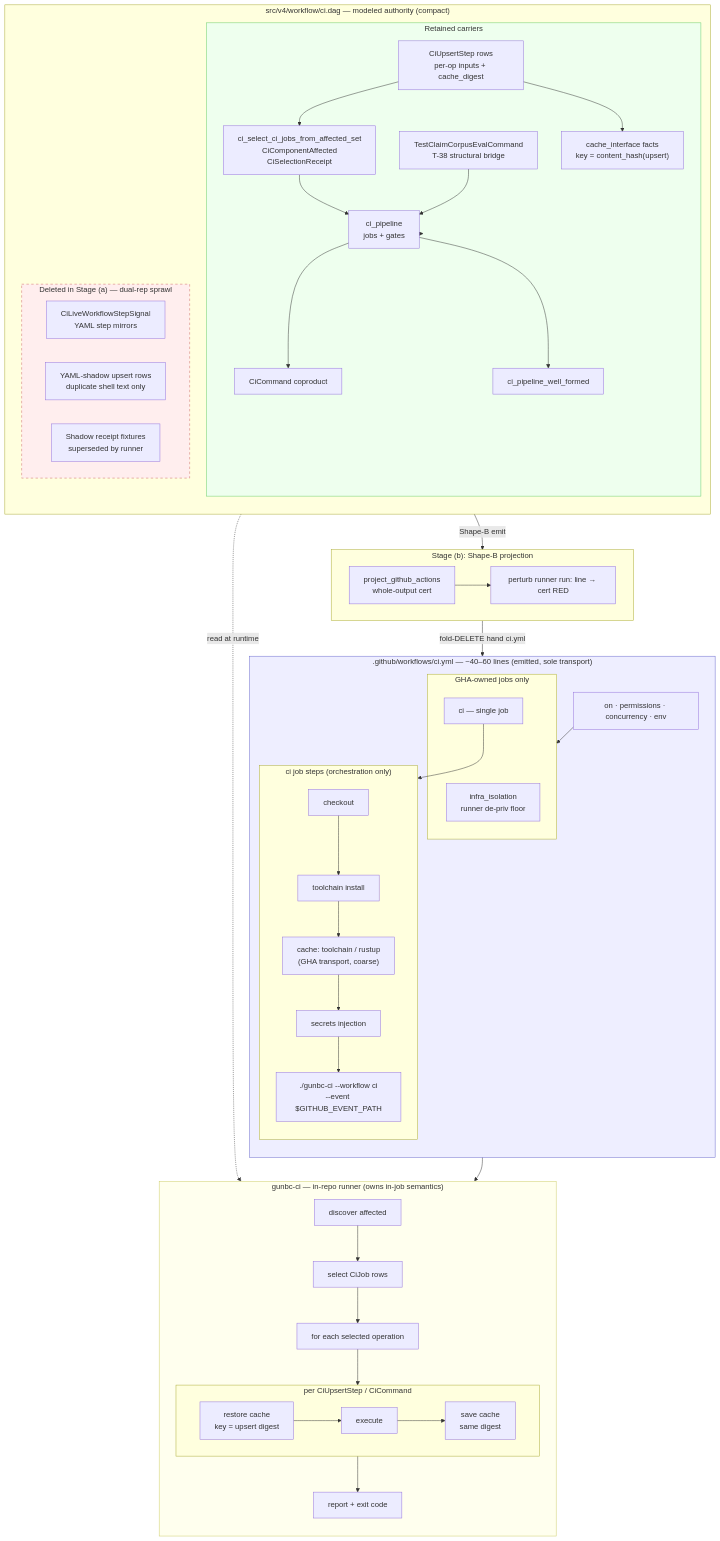
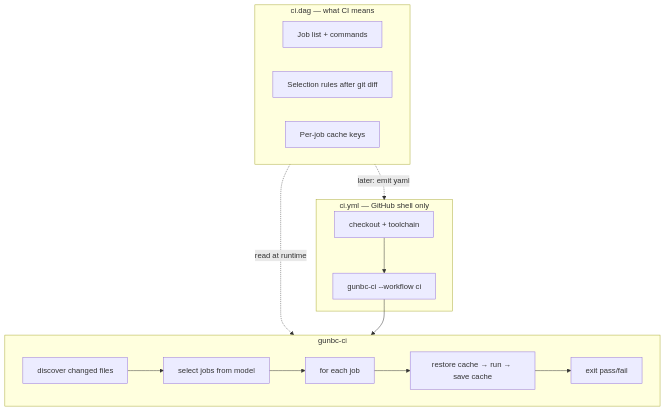
Before and after one commit to gunb-ai/gunbc: the diagram in docs/planning/thin-shim-ci-dag-dissolution-design-2026-06-08.md, drawn with Mermaid. The commit also changed other lines of this file, not shown here.

````diff
--- a/docs/planning/thin-shim-ci-dag-dissolution-design-2026-06-08.md
+++ b/docs/planning/thin-shim-ci-dag-dissolution-design-2026-06-08.md
@@ -91,74 +76,24 @@
 ```mermaid
 flowchart TB
-  subgraph DAG["src/v4/workflow/ci.dag — modeled authority (compact)"]
-    direction TB
-    subgraph KEPT["Retained carriers"]
-      P["ci_pipeline<br/>jobs + gates"]
-      C["CiCommand coproduct"]
-      WF["ci_pipeline_well_formed"]
-      SEL["ci_select_ci_jobs_from_affected_set<br/>CiComponentAffected<br/>CiSelectionReceipt"]
-      UPS_AUTH["CiUpsertStep rows<br/>per-op inputs + cache_digest"]
-      CACHE["cache_interface facts<br/>key = content_hash(upsert)"]
-      T38["TestClaimCorpusEvalCommand<br/>T-38 structural bridge"]
-    end
-    subgraph GONE["Deleted in Stage (a) — dual-rep sprawl"]
-      LWS["CiLiveWorkflowStepSignal<br/>YAML step mirrors"]
-      UPS_SHADOW["YAML-shadow upsert rows<br/>duplicate shell text only"]
-      FIX["Shadow receipt fixtures<br/>superseded by runner"]
-    end
-    KEPT --> P
-    P --> C
-    P --> WF
-    SEL --> P
-    T38 --> P
-    UPS_AUTH --> CACHE
-    UPS_AUTH --> SEL
+  subgraph MODEL["ci.dag — what CI means"]
+    JOBS["Job list + commands"]
+    SEL["Selection rules after git diff"]
+    CACHE["Per-job cache keys"]
   end
 
-  subgraph EMIT["Stage (b): Shape-B projection"]
-    PROJ["project_github_actions<br/>whole-output cert"]
-    PERTURB["perturb runner run: line → cert RED"]
-    PROJ --> PERTURB
+  subgraph GHA["ci.yml — GitHub shell only"]
+    CHECKOUT["checkout + toolchain"]
+    RUN["gunbc-ci --workflow ci"]
   end
 
-  subgraph YML[".github/workflows/ci.yml — ~40–60 lines (emitted, sole transport)"]
-    direction TB
-    META["on · permissions · concurrency · env"]
-    subgraph JOBS["GHA-owned jobs only"]
-      INFRA["infra_isolation<br/>runner de-priv floor"]
-      CI["ci — single job"]
-    end
-    subgraph STEPS["ci job steps (orchestration only)"]
-      CO["checkout"]
-      TC["toolchain install"]
-      CA0["cache: toolchain / rustup<br/>(GHA transport, coarse)"]
-      SEC["secrets injection"]
-      RUN["./gunbc-ci --workflow ci<br/>--event $GITHUB_EVENT_PATH"]
-    end
-    META --> JOBS
-    CI --> STEPS
-    CO --> TC --> CA0 --> SEC --> RUN
+  subgraph RUNNER["gunbc-ci"]
+    D["discover changed files"] --> S["select jobs from model"]
+    S --> LOOP["for each job"]
+    LOOP --> R["restore cache → run → save cache"]
+    R --> X["exit pass/fail"]
   end
 
-  subgraph RUNNER["gunbc-ci — in-repo runner (owns in-job semantics)"]
-    direction TB
-    D["discover affected"] --> S["select CiJob rows"]
-    S --> LOOP["for each selected operation"]
-    subgraph PEROP["per CiUpsertStep / CiCommand"]
-      direction LR
-      CR["restore cache<br/>key = upsert digest"] --> EX["execute"] --> CS["save cache<br/>same digest"]
-    end
-    LOOP --> PEROP
-    PEROP --> R["report + exit code"]
-  end
-
-  DAG -->|"Shape-B emit"| EMIT
-  EMIT -->|"fold-DELETE hand ci.yml"| YML
-  RUN --> RUNNER
-  DAG -.->|"read at runtime"| RUNNER
-
-  style GONE fill:#fee,stroke:#c66,stroke-dasharray: 5 5
-  style KEPT fill:#efe,stroke:#6c6
-  style YML fill:#eef,stroke:#66c
-  style RUNNER fill:#ffe,stroke:#cc6
+  MODEL -.->|"read at runtime"| RUNNER
+  CHECKOUT --> RUN --> RUNNER
+  MODEL -.->|"later: emit yaml"| GHA
 ```
````
